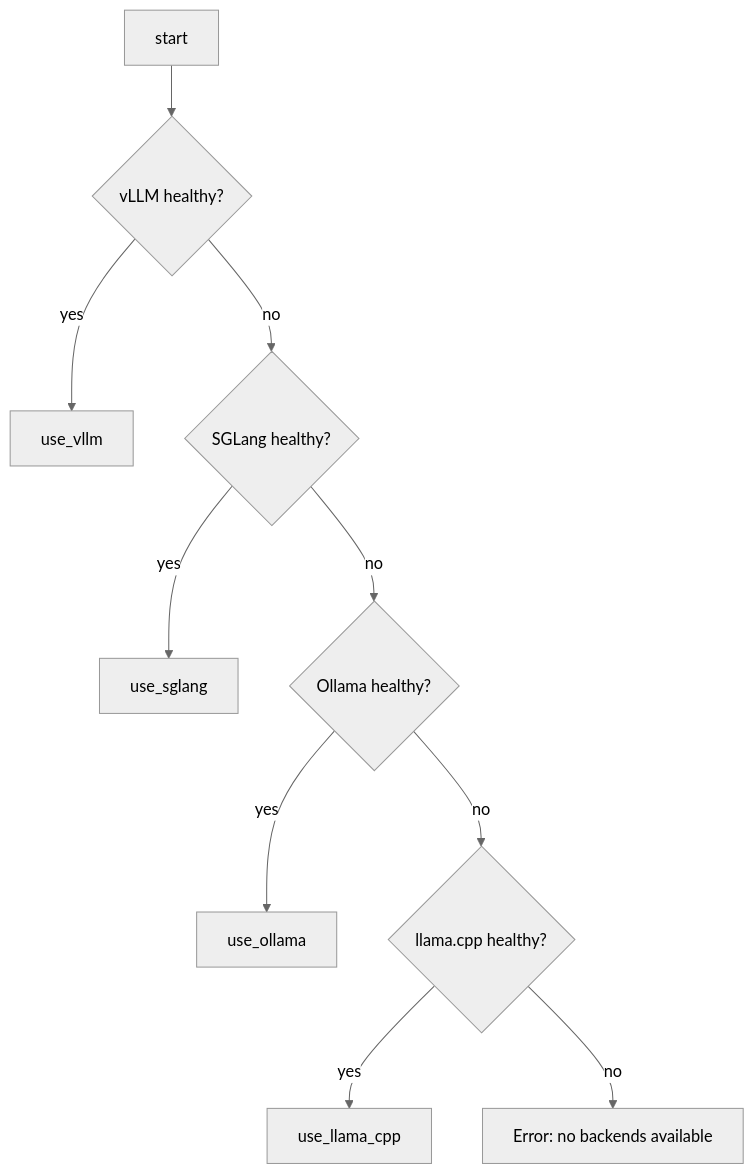
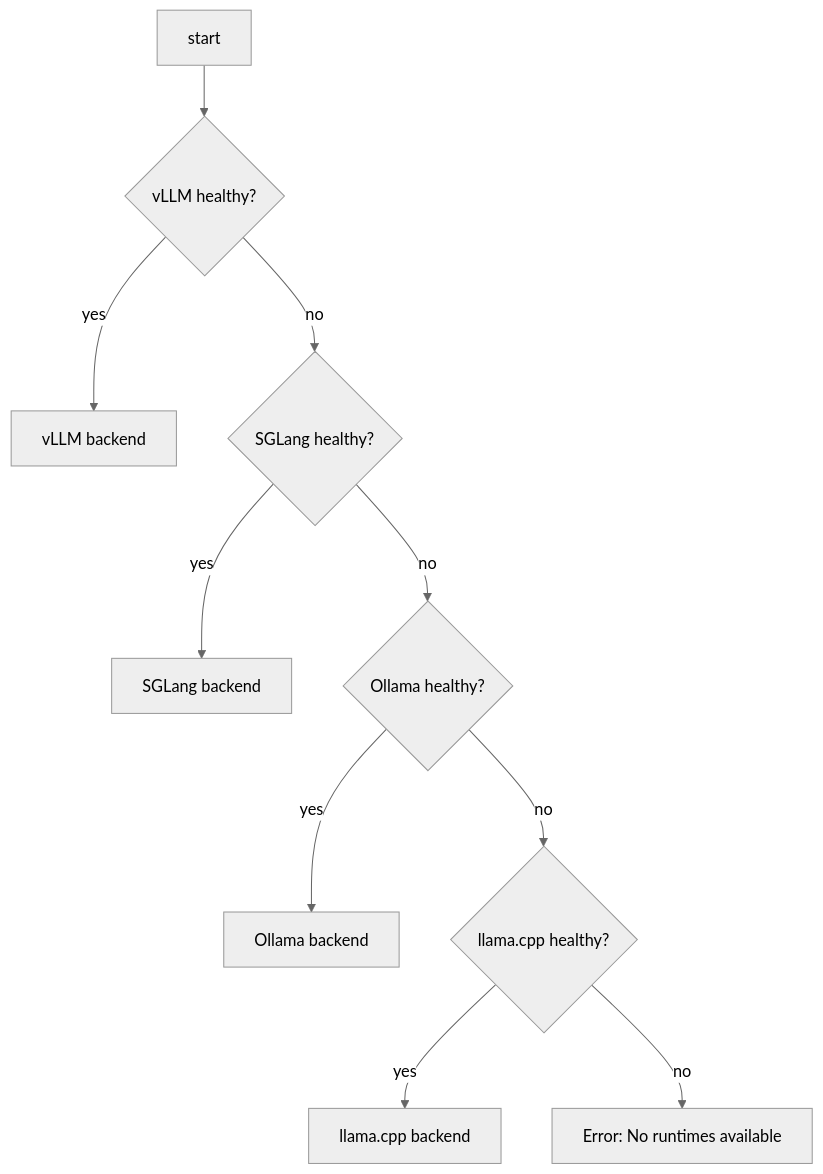
One commit to futureboytech/futureboytech-dgx-stack changed the second of 2 diagrams in README.md. Above: the diagram before and after it, drawn with Mermaid (neutral theme). The commit also changed other lines of this file, not shown here.

````diff
--- a/README.md
+++ b/README.md
@@ -43,12 +70,12 @@
 ```mermaid
 flowchart TD
-  start --> vllm{vLLM healthy?}
-  vllm -->|yes| use_vllm
-  vllm -->|no| sg{SGLang healthy?}
-  sg -->|yes| use_sglang
-  sg -->|no| oll{Ollama healthy?}
-  oll -->|yes| use_ollama
-  oll -->|no| lcpp{llama.cpp healthy?}
-  lcpp -->|yes| use_llama_cpp
-  lcpp -->|no| error[Error: no backends available]
+  A[start] --> B{vLLM healthy?}
+  B -->|yes| use_vllm[vLLM backend]
+  B -->|no| C{SGLang healthy?}
+  C -->|yes| use_sg[SGLang backend]
+  C -->|no| D{Ollama healthy?}
+  D -->|yes| use_ollama[Ollama backend]
+  D -->|no| E{llama.cpp healthy?}
+  E -->|yes| use_lcpp[llama.cpp backend]
+  E -->|no| F[Error: No runtimes available]
 ```
````
